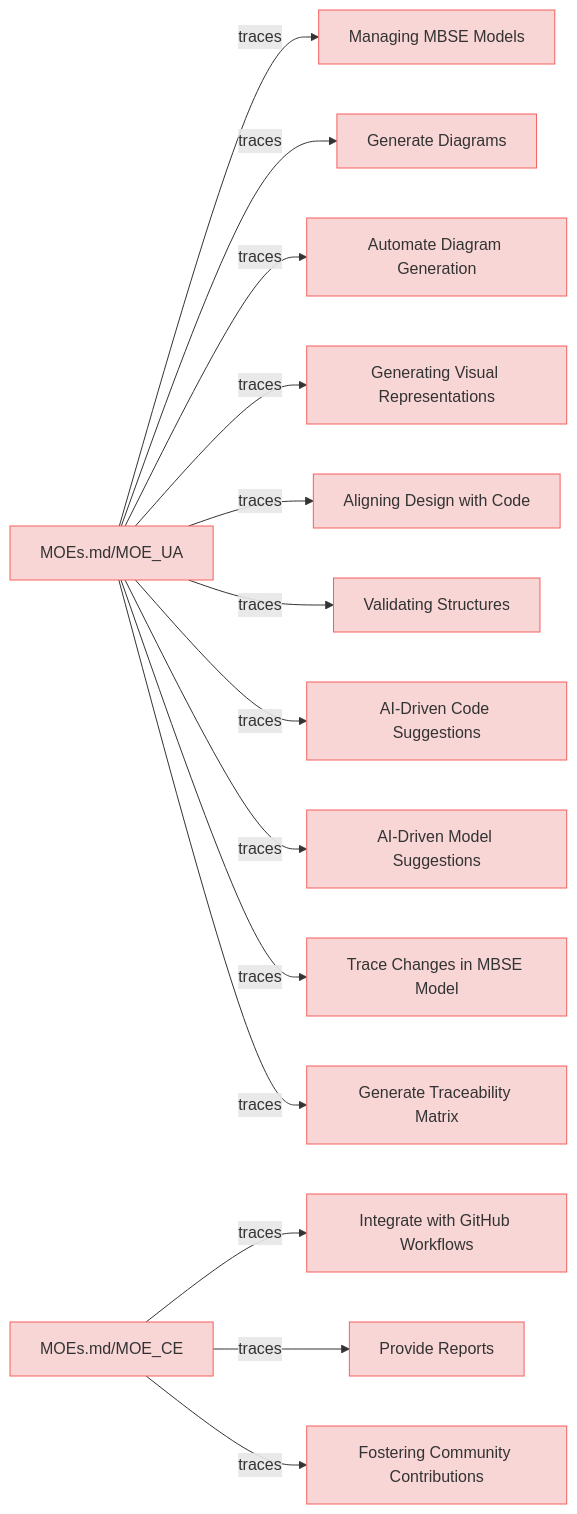
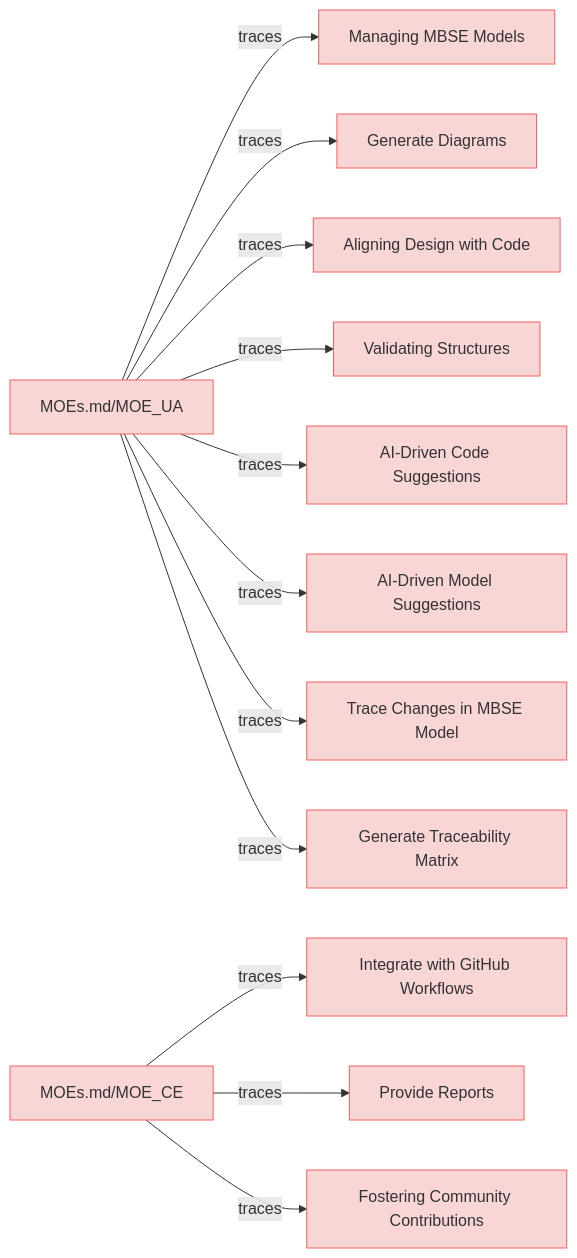
The diagram in specifications/UserStories.md (reqvire-org/reqvire), drawn with Mermaid before and after one commit. The commit also changed other lines of this file and 31 other files, not shown here.

````diff
--- a/specifications/UserStories.md
+++ b/specifications/UserStories.md
@@ -12,69 +12,61 @@
 ```mermaid
 graph LR;
   %% Graph styling
   classDef requirement fill:#f9d6d6,stroke:#f55f5f,stroke-width:1px;
   classDef satisfies fill:#fff2cc,stroke:#ffcc00,stroke-width:1px;
   classDef verification fill:#d6f9d6,stroke:#5fd75f,stroke-width:1px;
   classDef externalLink fill:#d0e0ff,stroke:#3080ff,stroke-width:1px;
   classDef paragraph fill:#efefef,stroke:#999999,stroke-width:1px;
   classDef default fill:#f5f5f5,stroke:#333333,stroke-width:1px;
 
     Managing_MBSE_Models["Managing MBSE Models"];
     click Managing_MBSE_Models "UserStories.md#managing-mbse-models";
     class Managing_MBSE_Models requirement;
-    _MOEs_md_MOE_UA__MOEs_html_moe_ua_ -->|traces| Managing_MBSE_Models;
-    _MOEs_md_MOE_UA__MOEs_html_moe_ua_["MOEs.md/MOE_UA"];
-    click _MOEs_md_MOE_UA__MOEs_html_moe_ua_ "MOEs.html#moe_ua";
-    class _MOEs_md_MOE_UA__MOEs_html_moe_ua_ requirement;
+    _MOEs_md_MOE_UA__MOEs_md_moe_ua_ -->|traces| Managing_MBSE_Models;
+    _MOEs_md_MOE_UA__MOEs_md_moe_ua_["MOEs.md/MOE_UA"];
+    click _MOEs_md_MOE_UA__MOEs_md_moe_ua_ "MOEs.md#moe_ua";
+    class _MOEs_md_MOE_UA__MOEs_md_moe_ua_ requirement;
     Generate_Diagrams["Generate Diagrams"];
     click Generate_Diagrams "UserStories.md#generate-diagrams";
     class Generate_Diagrams requirement;
-    _MOEs_md_MOE_UA__MOEs_html_moe_ua_ -->|traces| Generate_Diagrams;
-    Automate_Diagram_Generation["Automate Diagram Generation"];
-    click Automate_Diagram_Generation "UserStories.md#automate-diagram-generation";
-    class Automate_Diagram_Generation requirement;
-    _MOEs_md_MOE_UA__MOEs_html_moe_ua_ -->|traces| Automate_Diagram_Generation;
-    Generating_Visual_Representations["Generating Visual Representations"];
-    click Generating_Visual_Representations "UserStories.md#generating-visual-representations";
-    class Generating_Visual_Representations requirement;
-    _MOEs_md_MOE_UA__MOEs_html_moe_ua_ -->|traces| Generating_Visual_Representations;
+    _MOEs_md_MOE_UA__MOEs_md_moe_ua_ -->|traces| Generate_Diagrams;
     Aligning_Design_with_Code["Aligning Design with Code"];
     click Aligning_Design_with_Code "UserStories.md#aligning-design-with-code";
     class Aligning_Design_with_Code requirement;
-    _MOEs_md_MOE_UA__MOEs_html_moe_ua_ -->|traces| Aligning_Design_with_Code;
+    _MOEs_md_MOE_UA__MOEs_md_moe_ua_ -->|traces| Aligning_Design_with_Code;
     Validating_Structures["Validating Structures"];
     click Validating_Structures "UserStories.md#validating-structures";
     class Validating_Structures requirement;
-    _MOEs_md_MOE_UA__MOEs_html_moe_ua_ -->|traces| Validating_Structures;
+    _MOEs_md_MOE_UA__MOEs_md_moe_ua_ -->|traces| Validating_Structures;
     Integrate_with_GitHub_Workflows["Integrate with GitHub Workflows"];
     click Integrate_with_GitHub_Workflows "UserStories.md#integrate-with-github-workflows";
     class Integrate_with_GitHub_Workflows requirement;
-    _MOEs_md_MOE_CE__MOEs_html_moe_ce_ -->|traces| Integrate_with_GitHub_Workflows;
-    _MOEs_md_MOE_CE__MOEs_html_moe_ce_["MOEs.md/MOE_CE"];
-    click _MOEs_md_MOE_CE__MOEs_html_moe_ce_ "MOEs.html#moe_ce";
-    class _MOEs_md_MOE_CE__MOEs_html_moe_ce_ requirement;
+    _MOEs_md_MOE_CE__MOEs_md_moe_ce_ -->|traces| Integrate_with_GitHub_Workflows;
+    _MOEs_md_MOE_CE__MOEs_md_moe_ce_["MOEs.md/MOE_CE"];
+    click _MOEs_md_MOE_CE__MOEs_md_moe_ce_ "MOEs.md#moe_ce";
+    class _MOEs_md_MOE_CE__MOEs_md_moe_ce_ requirement;
     AI_Driven_Code_Suggestions["AI-Driven Code Suggestions"];
     click AI_Driven_Code_Suggestions "UserStories.md#ai-driven-code-suggestions";
     class AI_Driven_Code_Suggestions requirement;
-    _MOEs_md_MOE_UA__MOEs_html_moe_ua_ -->|traces| AI_Driven_Code_Suggestions;
+    _MOEs_md_MOE_UA__MOEs_md_moe_ua_ -->|traces| AI_Driven_Code_Suggestions;
     AI_Driven_Model_Suggestions["AI-Driven Model Suggestions"];
     click AI_Driven_Model_Suggestions "UserStories.md#ai-driven-model-suggestions";
     class AI_Driven_Model_Suggestions requirement;
-    _MOEs_md_MOE_UA__MOEs_html_moe_ua_ -->|traces| AI_Driven_Model_Suggestions;
+    _MOEs_md_MOE_UA__MOEs_md_moe_ua_ -->|traces| AI_Driven_Model_Suggestions;
     Provide_Reports["Provide Reports"];
     click Provide_Reports "UserStories.md#provide-reports";
     class Provide_Reports requirement;
-    _MOEs_md_MOE_CE__MOEs_html_moe_ce_ -->|traces| Provide_Reports;
+    _MOEs_md_MOE_CE__MOEs_md_moe_ce_ -->|traces| Provide_Reports;
     Trace_Changes_in_MBSE_Model["Trace Changes in MBSE Model"];
     click Trace_Changes_in_MBSE_Model "UserStories.md#trace-changes-in-mbse-model";
     class Trace_Changes_in_MBSE_Model requirement;
-    _MOEs_md_MOE_UA__MOEs_html_moe_ua_ -->|traces| Trace_Changes_in_MBSE_Model;
+    _MOEs_md_MOE_UA__MOEs_md_moe_ua_ -->|traces| Trace_Changes_in_MBSE_Model;
     Generate_Traceability_Matrix["Generate Traceability Matrix"];
     click Generate_Traceability_Matrix "UserStories.md#generate-traceability-matrix";
     class Generate_Traceability_Matrix requirement;
-    _MOEs_md_MOE_UA__MOEs_html_moe_ua_ -->|traces| Generate_Traceability_Matrix;
+    _MOEs_md_MOE_UA__MOEs_md_moe_ua_ -->|traces| Generate_Traceability_Matrix;
     Fostering_Community_Contributions["Fostering Community Contributions"];
     click Fostering_Community_Contributions "UserStories.md#fostering-community-contributions";
     class Fostering_Community_Contributions requirement;
-    _MOEs_md_MOE_CE__MOEs_html_moe_ce_ -->|traces| Fostering_Community_Contributions;
+    _MOEs_md_MOE_CE__MOEs_md_moe_ce_ -->|traces| Fostering_Community_Contributions;
 ```
````
